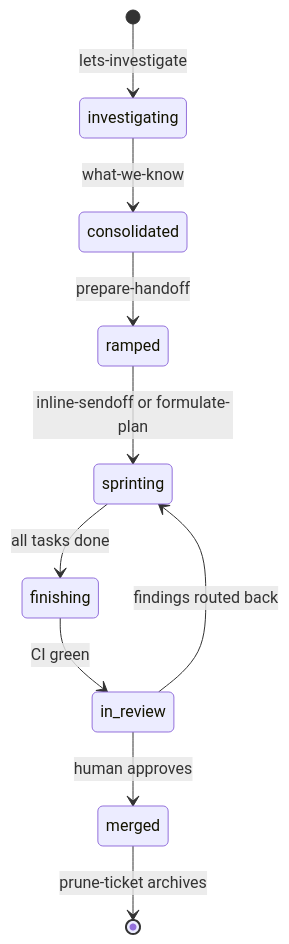
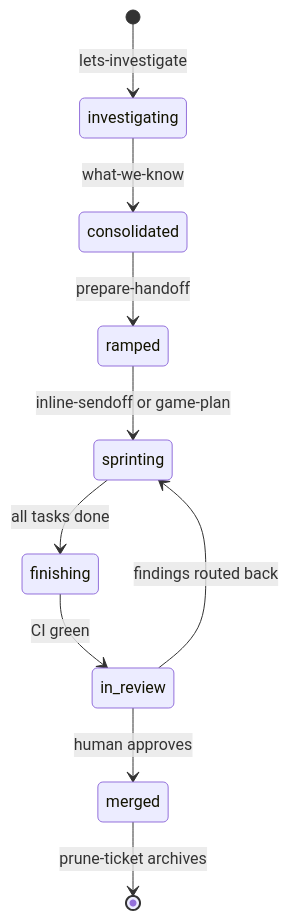
The third of 3 diagrams in docs/workflow.md (rhawk117/rygentic-harness), drawn with Mermaid before and after one commit. The commit also changed other lines of this file and 160 other files, not shown here.

````diff
--- a/docs/workflow.md
+++ b/docs/workflow.md
@@ -158,12 +158,12 @@
 ```mermaid
 stateDiagram-v2
     [*] --> investigating: lets-investigate
     investigating --> consolidated: what-we-know
     consolidated --> ramped: prepare-handoff
-    ramped --> sprinting: inline-sendoff or formulate-plan
+    ramped --> sprinting: inline-sendoff or game-plan
     sprinting --> finishing: all tasks done
     finishing --> in_review: CI green
     in_review --> sprinting: findings routed back
     in_review --> merged: human approves
     merged --> [*]: prune-ticket archives
 ```
````
